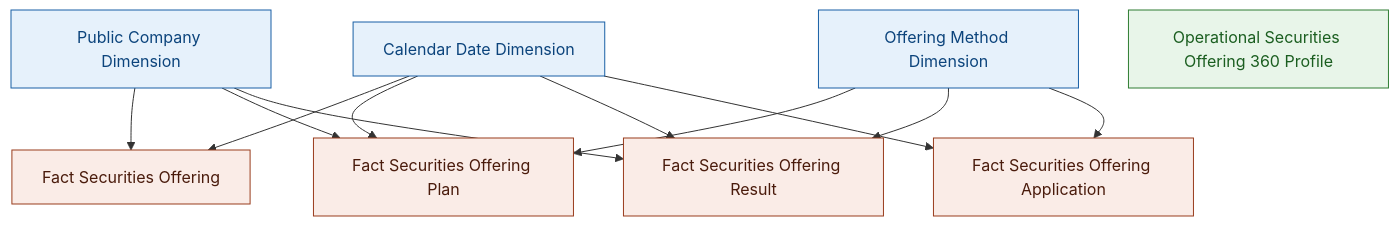
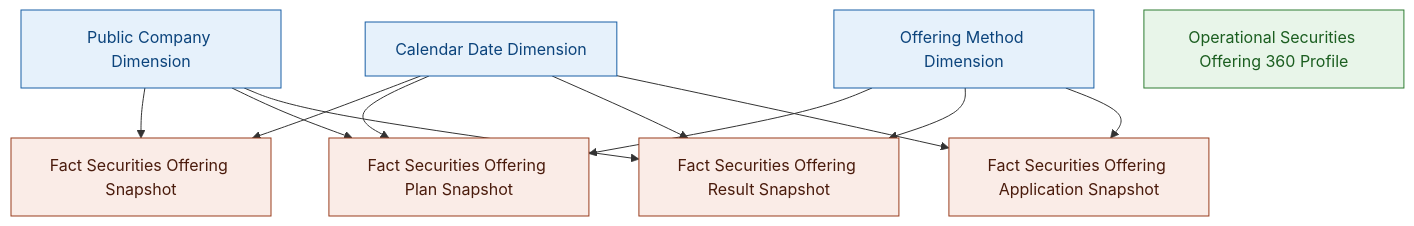
One commit to linhlvit/ubck_atomic_design changed diagram 22 of 22 in Datamart/hld/DTM_QLCB_HLD.md. Above: the diagram before and after it, drawn with Mermaid. The commit also changed other lines of this file and 70 other files, not shown here.

````diff
--- a/Datamart/hld/DTM_QLCB_HLD.md
+++ b/Datamart/hld/DTM_QLCB_HLD.md
@@ -1068,31 +1073,31 @@
 ```mermaid
 graph TB
     classDef dim fill:#E6F1FB,stroke:#185FA5,color:#0C447C
     classDef fact fill:#FAECE7,stroke:#993C1D,color:#4A1B0C
     classDef oper fill:#E8F5E9,stroke:#2E7D32,color:#1B5E20
 
     DIM_DATE["Calendar Date Dimension"]:::dim
     DIM_COMPANY["Public Company Dimension"]:::dim
     DIM_OFFRMETHOD["Offering Method Dimension"]:::dim
 
-    FACT_OFF["Fact Securities Offering"]:::fact
-    FACT_PLAN["Fact Securities Offering Plan"]:::fact
-    FACT_RESULT["Fact Securities Offering Result"]:::fact
-    FACT_APP["Fact Securities Offering Application"]:::fact
+    FACT_OFF["Fact Securities Offering Snapshot"]:::fact
+    FACT_PLAN["Fact Securities Offering Plan Snapshot"]:::fact
+    FACT_RESULT["Fact Securities Offering Result Snapshot"]:::fact
+    FACT_APP["Fact Securities Offering Application Snapshot"]:::fact
 
     OPR_OFF["Operational Securities Offering 360 Profile"]:::oper
 
     DIM_DATE --> FACT_OFF
     DIM_COMPANY --> FACT_OFF
 
     DIM_DATE --> FACT_PLAN
     DIM_COMPANY --> FACT_PLAN
     DIM_OFFRMETHOD --> FACT_PLAN
 
     DIM_DATE --> FACT_RESULT
     DIM_COMPANY --> FACT_RESULT
     DIM_OFFRMETHOD --> FACT_RESULT
 
     DIM_DATE --> FACT_APP
     DIM_OFFRMETHOD --> FACT_APP
 ```
````
